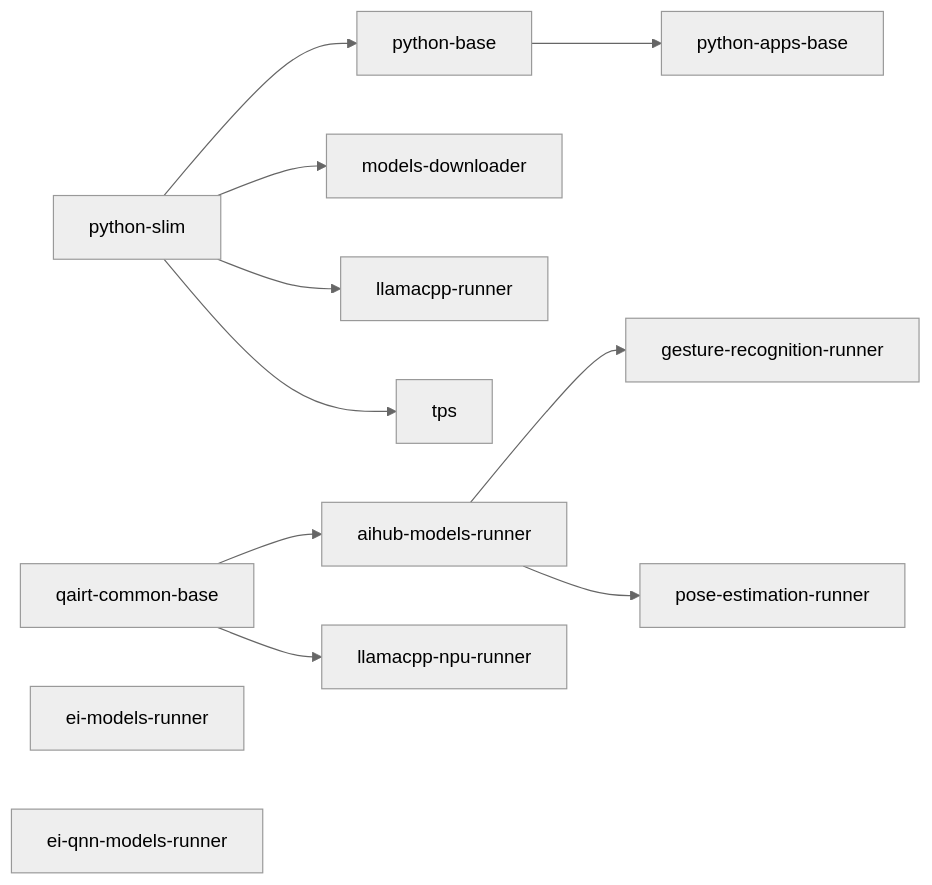
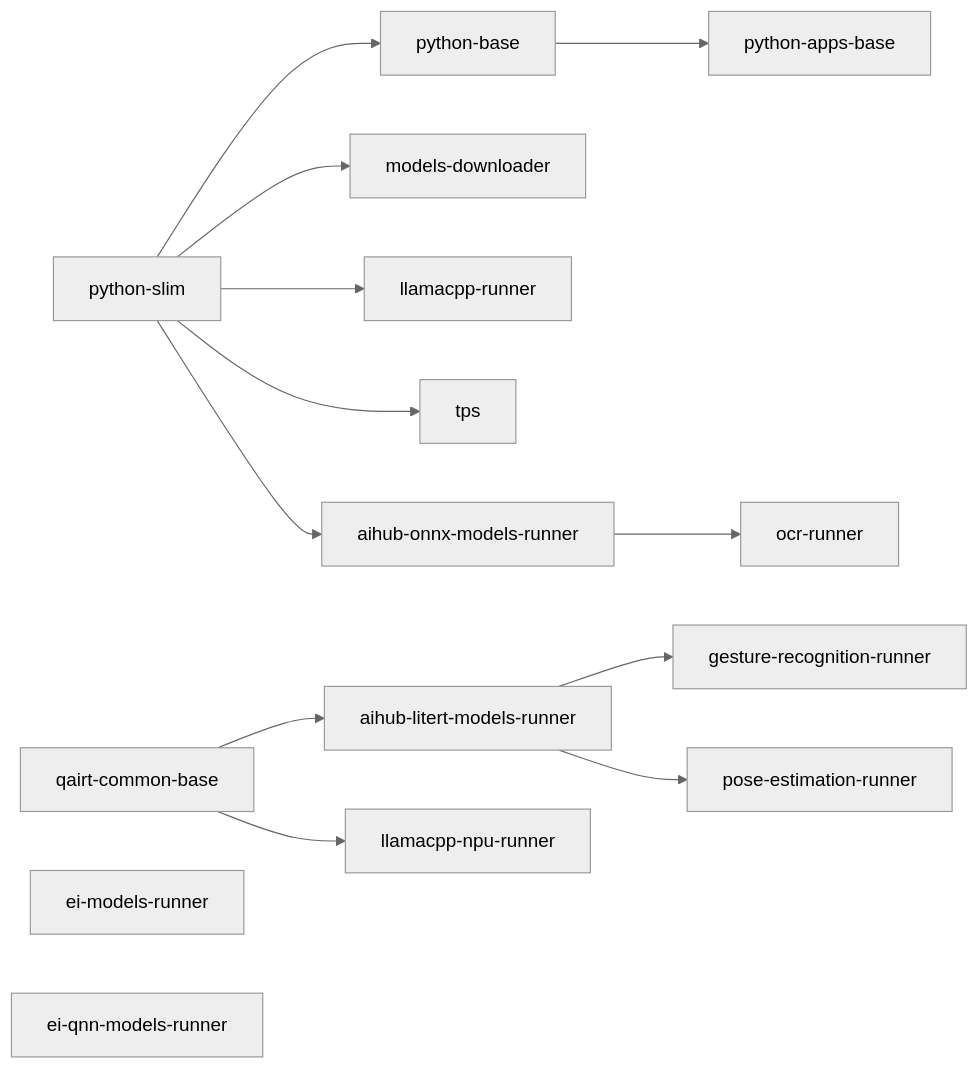
One commit to arduino/app-bricks-py changed the diagram in containers/README.md. Above: the diagram before and after it, drawn with Mermaid (neutral theme). The commit also changed other lines of this file and 139 other files, not shown here.

First line of the commit message:
feat(ocr): add the OCR brick and the ocr-runner on the new build system

````diff
--- a/containers/README.md
+++ b/containers/README.md
@@ -41,12 +43,13 @@
 ```mermaid
 graph LR
   slim[python-slim] --> base[python-base] --> apps[python-apps-base]
   slim --> dl[models-downloader]
   slim --> lcpp[llamacpp-runner]
-  qairt[qairt-common-base] --> aihub[aihub-models-runner] --> gesture[gesture-recognition-runner]
+  qairt[qairt-common-base] --> aihub[aihub-litert-models-runner] --> gesture[gesture-recognition-runner]
   aihub --> pose[pose-estimation-runner]
   qairt --> lcppnpu[llamacpp-npu-runner]
   ei[ei-models-runner]
   eiqnn[ei-qnn-models-runner]
   slim --> tps[tps]
+  slim --> aihubonnx[aihub-onnx-models-runner] --> ocr[ocr-runner]
 ```
````
